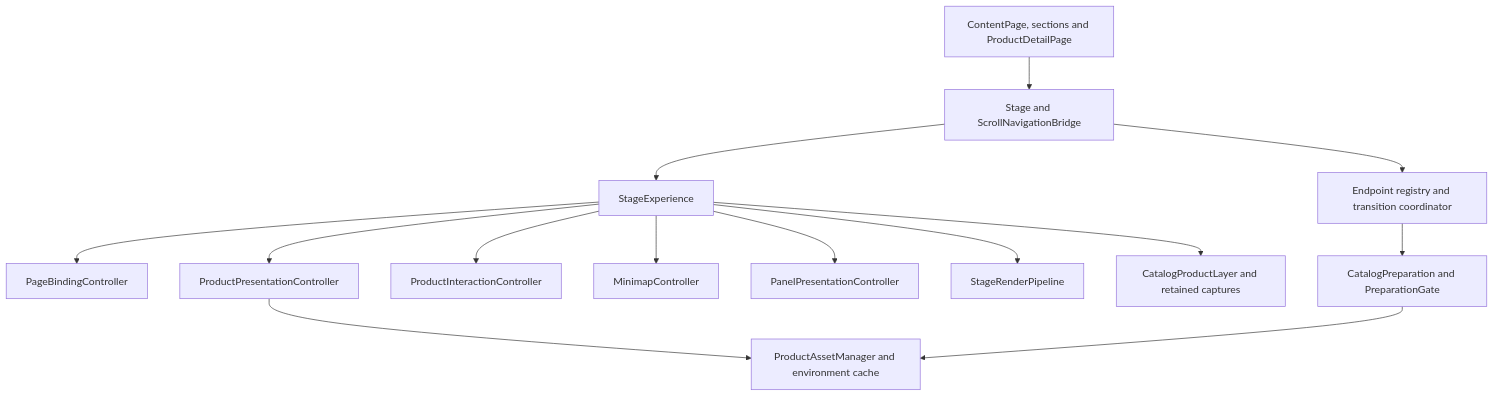
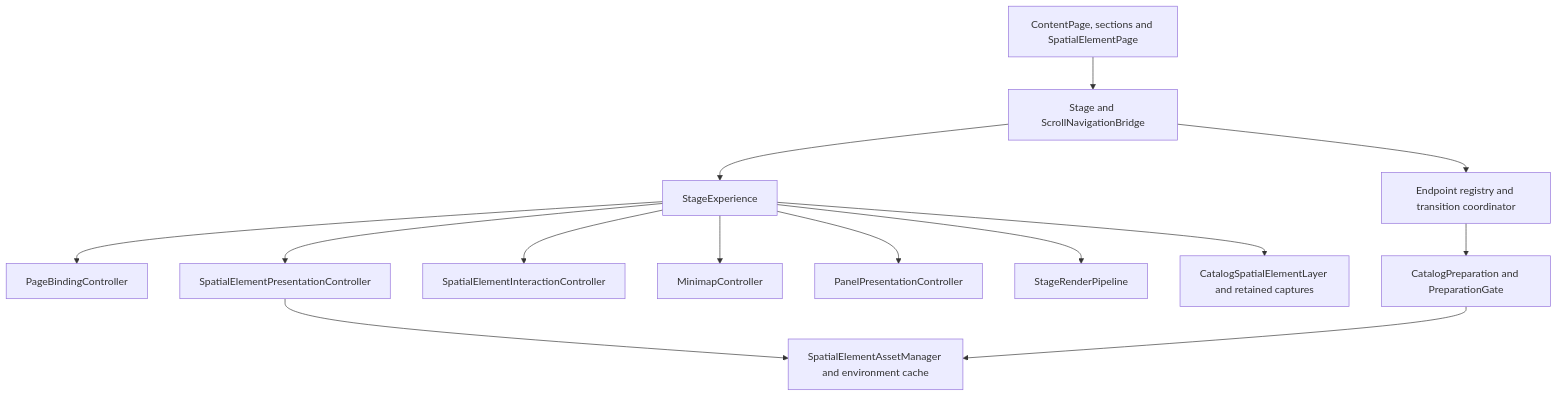
One commit to LauridBergjohann/spatial-elements changed the third of 3 diagrams in docs/architecture/README.md. Above: the diagram before and after it, drawn with Mermaid. The commit also changed other lines of this file and 166 other files, not shown here.

Commit message:
refactor!: use SpatialElement terminology throughout the public API

```diff
--- a/docs/architecture/README.md
+++ b/docs/architecture/README.md
@@ -51,16 +51,16 @@
 ~~~mermaid
 flowchart TB
-  Components[ContentPage, sections and ProductDetailPage] --> Adapter[Stage and ScrollNavigationBridge]
+  Components[ContentPage, sections and SpatialElementPage] --> Adapter[Stage and ScrollNavigationBridge]
   Adapter --> Registry[Endpoint registry and transition coordinator]
   Adapter --> Experience[StageExperience]
   Experience --> Binding[PageBindingController]
-  Experience --> Presentation[ProductPresentationController]
-  Experience --> Interaction[ProductInteractionController]
+  Experience --> Presentation[SpatialElementPresentationController]
+  Experience --> Interaction[SpatialElementInteractionController]
   Experience --> Minimap[MinimapController]
   Experience --> Panels[PanelPresentationController]
   Experience --> Pipeline[StageRenderPipeline]
-  Experience --> Catalog[CatalogProductLayer and retained captures]
-  Presentation --> Assets[ProductAssetManager and environment cache]
+  Experience --> Catalog[CatalogSpatialElementLayer and retained captures]
+  Presentation --> Assets[SpatialElementAssetManager and environment cache]
   Registry --> Preparation[CatalogPreparation and PreparationGate]
   Preparation --> Assets
 ~~~
```
